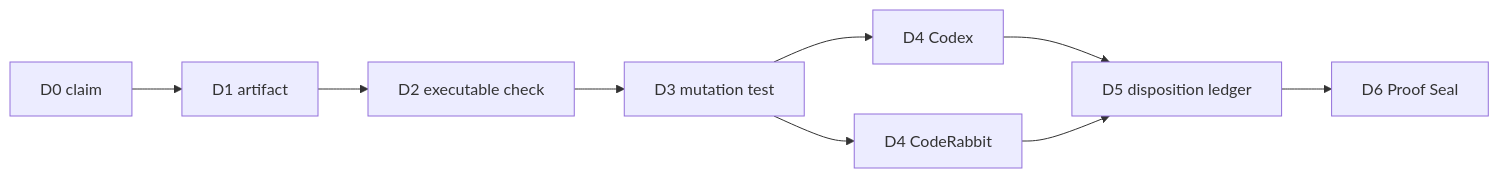
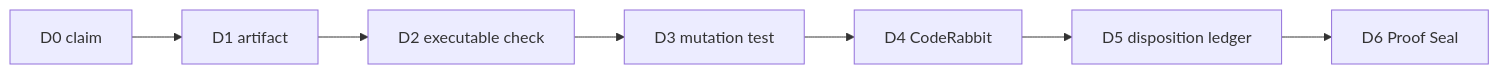
Before and after one commit to safal207/robys-coffee-house-demo: the diagram in docs/proof-depth-graph.md, drawn with Mermaid. The commit also changed other lines of this file and 5 other files, not shown here.

````diff
--- a/docs/proof-depth-graph.md
+++ b/docs/proof-depth-graph.md
@@ -21,11 +21,9 @@
 ```mermaid
 flowchart LR
   C["D0 claim"] --> A["D1 artifact"]
   A --> V["D2 executable check"]
   V --> M["D3 mutation test"]
-  M --> X["D4 Codex"]
   M --> R["D4 CodeRabbit"]
-  X --> L["D5 disposition ledger"]
-  R --> L
+  R --> L["D5 disposition ledger"]
   L --> S["D6 Proof Seal"]
 ```
````
